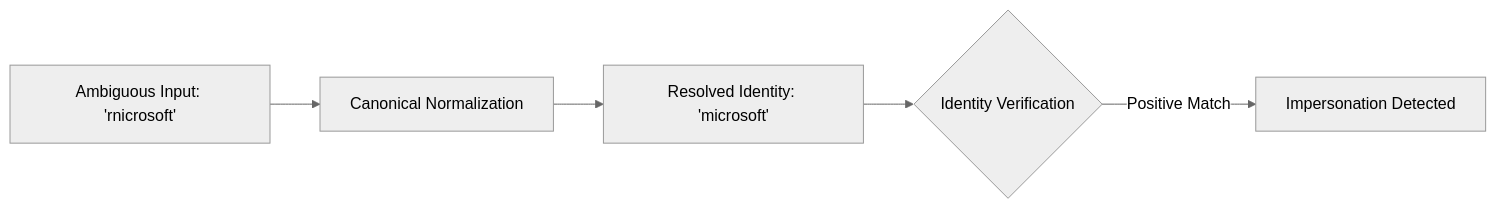
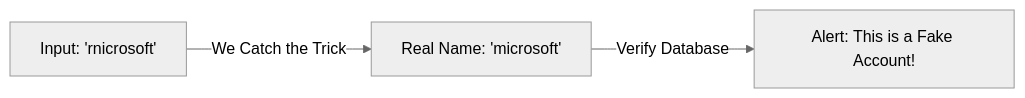
One commit to ManoShruthiS/VeriIntern-AI changed the second of 3 diagrams in Readme.md. Above: the diagram before and after it, drawn with Mermaid (neutral theme). The commit also changed other lines of this file, not shown here.

````diff
--- a/Readme.md
+++ b/Readme.md
@@ -39,7 +44,5 @@
 ```mermaid
 flowchart LR
-    Input[Ambiguous Input: 'rnicrosoft'] --> Normalizer[Canonical Normalization]
-    Normalizer --> Canonical[Resolved Identity: 'microsoft']
-    Canonical --> CrossRef{Identity Verification}
-    CrossRef -- Positive Match --> Alert[Impersonation Detected]
+    ScamInput[Input: 'rnicrosoft'] -- We Catch the Trick --> CleanOutput[Real Name: 'microsoft']
+    CleanOutput -- Verify Database --> Result[Alert: This is a Fake Account!]
 ```
````
